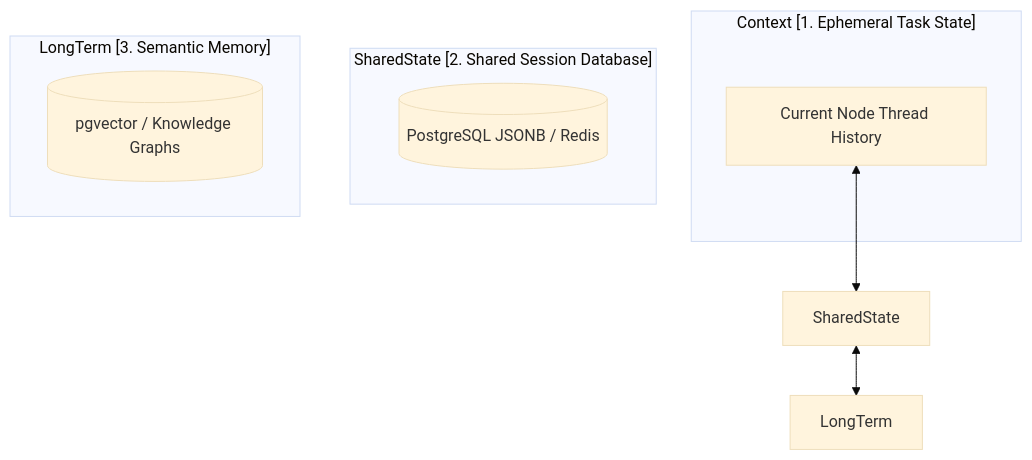
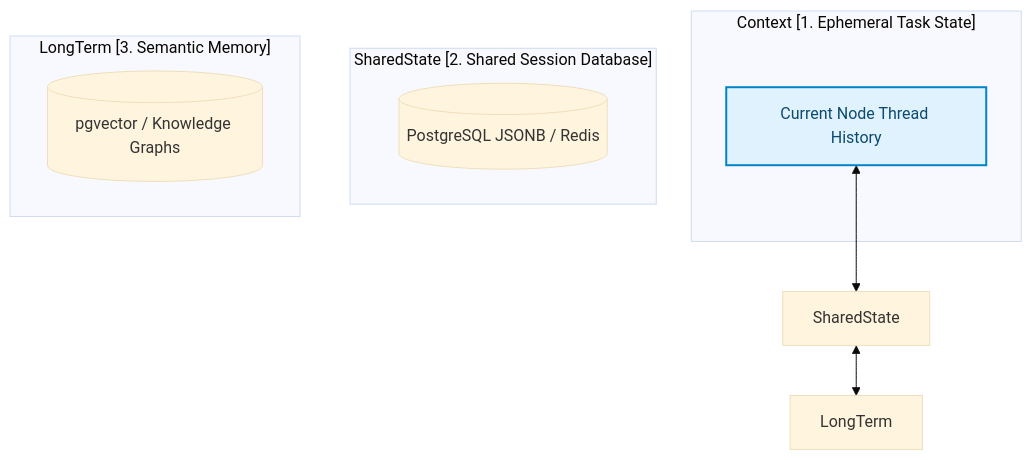
The diagram in blog/posts/memory-state-context-multi-agent.md (akmalkhaniub/akmalkhaniub.github.io), drawn with Mermaid (base theme) before and after one commit. The commit also changed other lines of this file and 1291 other files, not shown here.

First line of the commit message:
feat(catalog): unique covers, scholarly references, and diagram palettes

````diff
--- a/blog/posts/memory-state-context-multi-agent.md
+++ b/blog/posts/memory-state-context-multi-agent.md
@@ -20,15 +20,22 @@
 ```mermaid
 flowchart TD
     subgraph SG1_Context1Ephemeral ["Context [1. Ephemeral Task State]"]
-        Thread[Current Node Thread History]
+        Thread["Current Node Thread History"]
     end
     subgraph SG2_Sharedstate2Shared ["SharedState [2. Shared Session Database]"]
         PG[(PostgreSQL JSONB / Redis)]
     end
     subgraph SG3_Longterm3Semantic ["LongTerm [3. Semantic Memory]"]
         Vector[(pgvector / Knowledge Graphs)]
     end
     
     Thread <--> SharedState
     SharedState <--> LongTerm
+
+classDef green fill:#dcfce7,stroke:#16a34a,stroke-width:2px,color:#14532d;
+classDef red fill:#fee2e2,stroke:#dc2626,stroke-width:2px,color:#7f1d1d;
+classDef blue fill:#e0f2fe,stroke:#0284c7,stroke-width:2px,color:#0c4a6e;
+classDef yellow fill:#fef3c7,stroke:#d97706,stroke-width:2px,color:#78350f;
+classDef purple fill:#ede9fe,stroke:#7c3aed,stroke-width:2px,color:#4c1d95;
+class Thread blue
 ```
````
